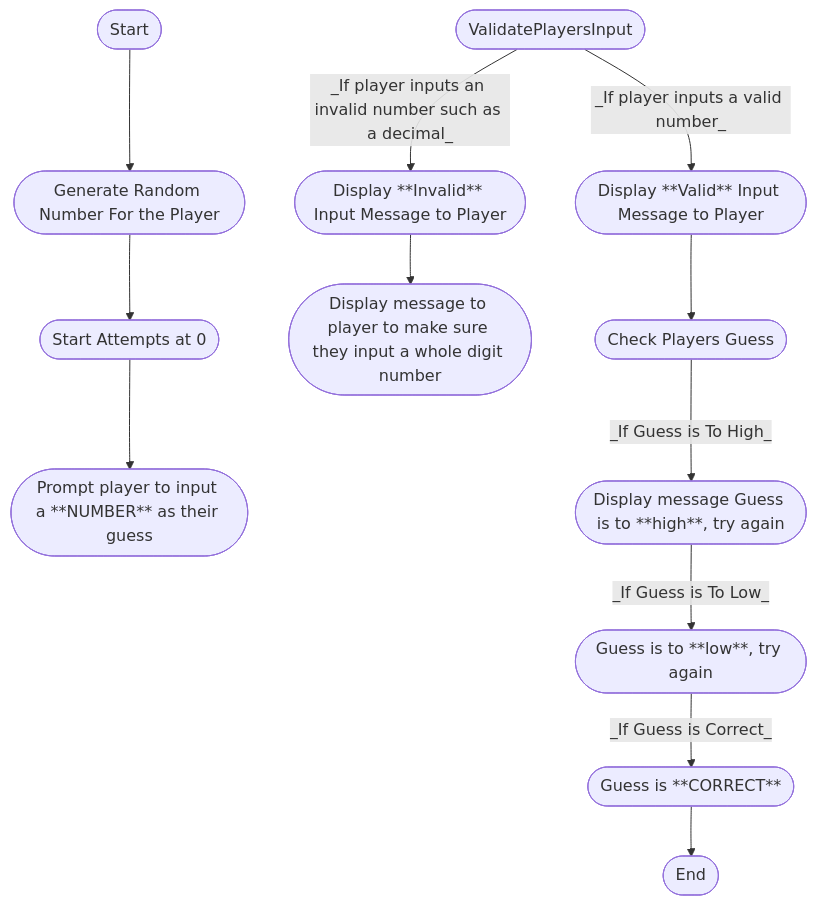
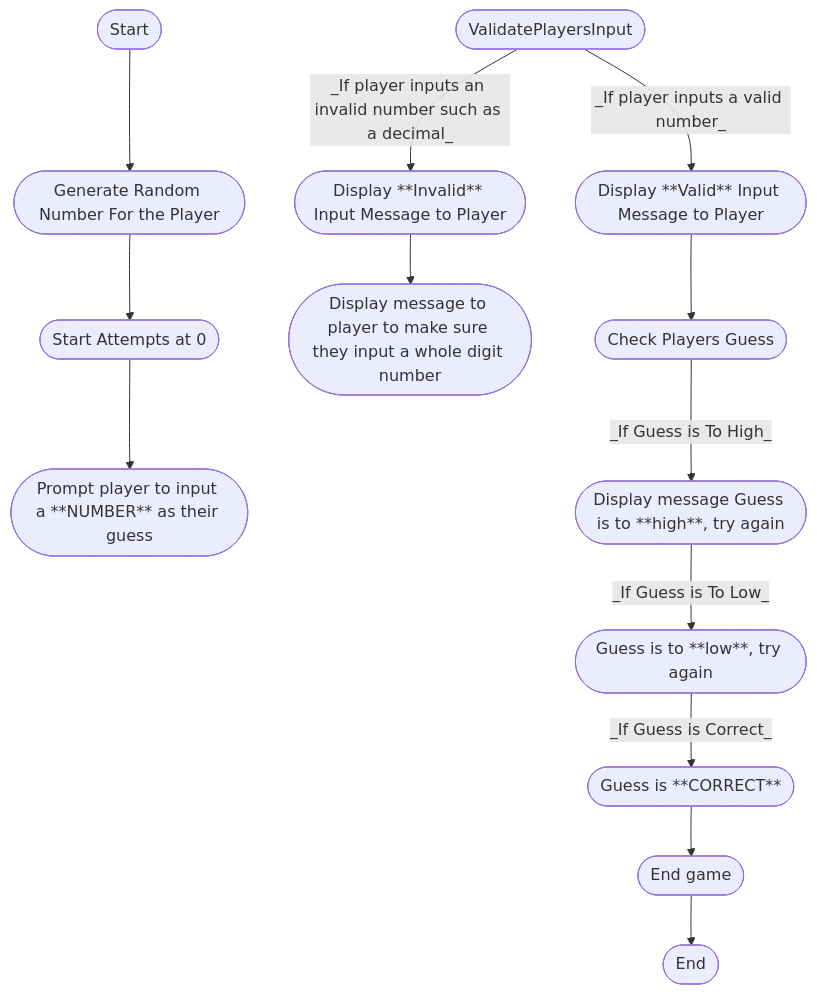
One commit to jdmcmahon03/jdmcmahon03.github.io changed the diagram in Guessing.md. Above: the diagram before and after it, drawn with Mermaid. The commit also changed other lines of this file, not shown here.

````diff
--- a/Guessing.md
+++ b/Guessing.md
@@ -1,17 +1,18 @@
 ```mermaid
 flowchart TD
 Start([Start]) --> GenerateRandomNumber([Generate Random Number For the Player])
 --> SetNumberofAttempts([Start Attempts at 0])
 
 -->PlayerInputNumber([Prompt player to input a **NUMBER** as their guess])
 ValidatePlayersInput([ValidatePlayersInput]) -- _If player inputs an invalid number such as a decimal_ --> InvalidInput([Display **Invalid** Input Message to Player])
 -->CorrectError([Display message to player to make sure they input a whole digit number])
 ValidatePlayersInput -- _If player inputs a valid number_ --> ValidInput([Display **Valid** Input Message to Player])
 
 -->CheckPlayersGuess([Check Players Guess])
 -- _If Guess is To High_ --> TellPlayerThereGuessistoHigh([Display message Guess is to **high**, try again])
 -- _If Guess is To Low_ --> TellPlayerThereGuessistoLow([Guess is to **low**, try again])
 -- _If Guess is Correct_ --> TellPlayerThereGuessisCorrect([Guess is **CORRECT**])
+-->EndGame([End game])
 
 --> End([End])
 ```
````
